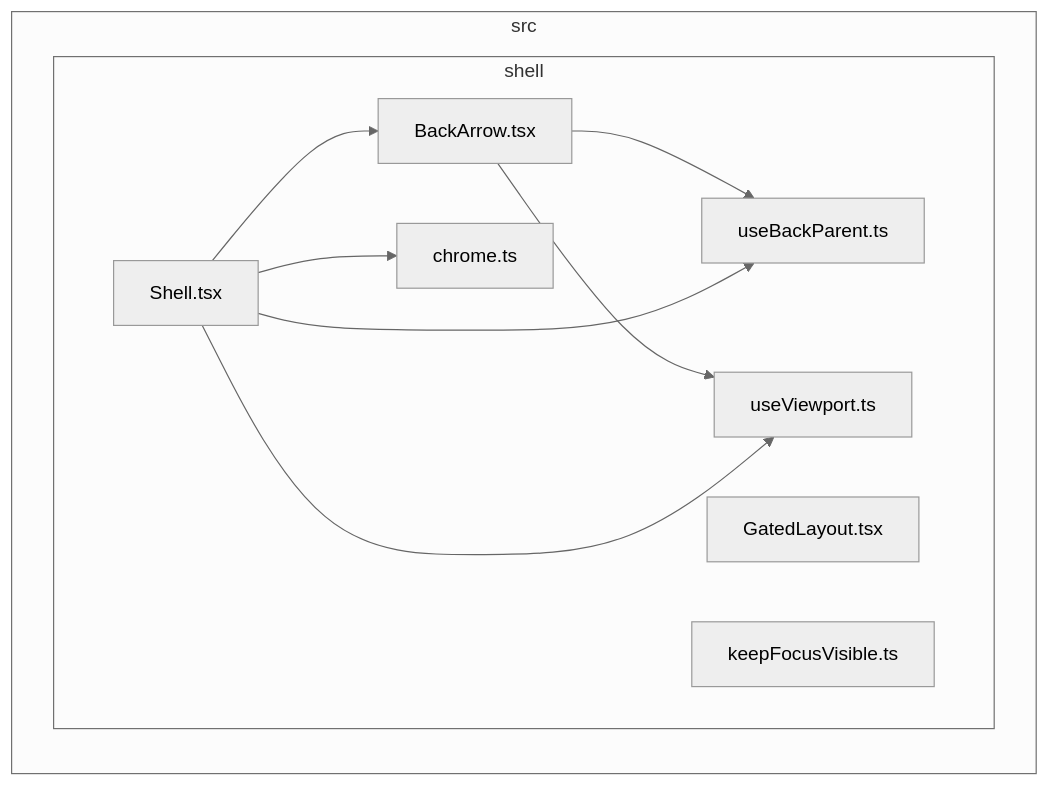
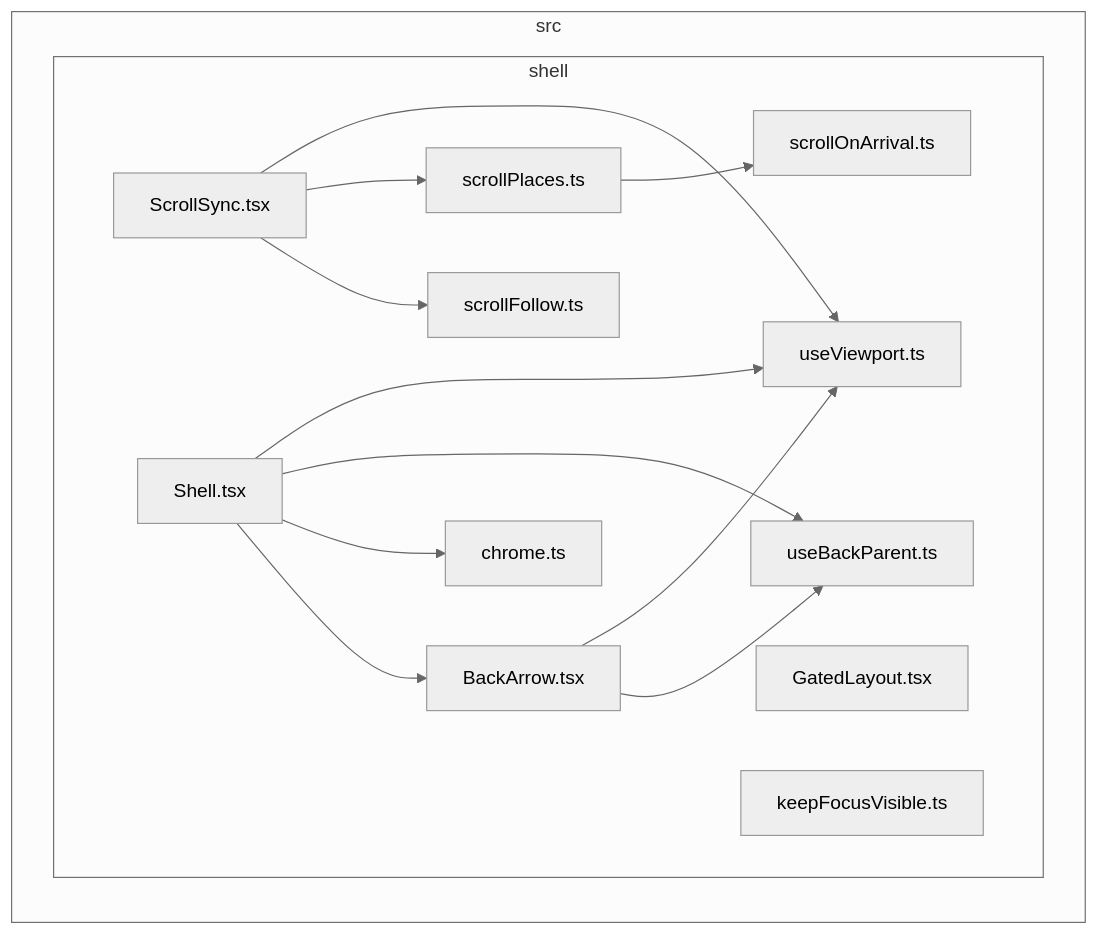
The diagram in docs/architecture/generated/front-modules/shell.md (GonzaloZevallos/apostrophe), drawn with Mermaid (neutral theme) before and after one commit. The commit also changed 1 other file, not shown here.

Commit message:
GH-480: regenerate the front-modules diagrams for the new shell modules
CI's docs job fails when docs/architecture/generated drifts from the source.

````diff
--- a/docs/architecture/generated/front-modules/shell.md
+++ b/docs/architecture/generated/front-modules/shell.md
@@ -7,20 +7,28 @@
 ```mermaid
 flowchart LR
 subgraph src["src"]
   subgraph src_shell["shell"]
     src_shell_BackArrow_tsx["BackArrow.tsx"]
     src_shell_GatedLayout_tsx["GatedLayout.tsx"]
+    src_shell_ScrollSync_tsx["ScrollSync.tsx"]
     src_shell_Shell_tsx["Shell.tsx"]
     src_shell_chrome_ts["chrome.ts"]
     src_shell_keepFocusVisible_ts["keepFocusVisible.ts"]
+    src_shell_scrollFollow_ts["scrollFollow.ts"]
+    src_shell_scrollOnArrival_ts["scrollOnArrival.ts"]
+    src_shell_scrollPlaces_ts["scrollPlaces.ts"]
     src_shell_useBackParent_ts["useBackParent.ts"]
     src_shell_useViewport_ts["useViewport.ts"]
   end
 end
 src_shell_BackArrow_tsx-->src_shell_useBackParent_ts
 src_shell_BackArrow_tsx-->src_shell_useViewport_ts
+src_shell_ScrollSync_tsx-->src_shell_scrollFollow_ts
+src_shell_ScrollSync_tsx-->src_shell_scrollPlaces_ts
+src_shell_ScrollSync_tsx-->src_shell_useViewport_ts
 src_shell_Shell_tsx-->src_shell_BackArrow_tsx
 src_shell_Shell_tsx-->src_shell_chrome_ts
 src_shell_Shell_tsx-->src_shell_useBackParent_ts
 src_shell_Shell_tsx-->src_shell_useViewport_ts
+src_shell_scrollPlaces_ts-->src_shell_scrollOnArrival_ts
 ```
````
